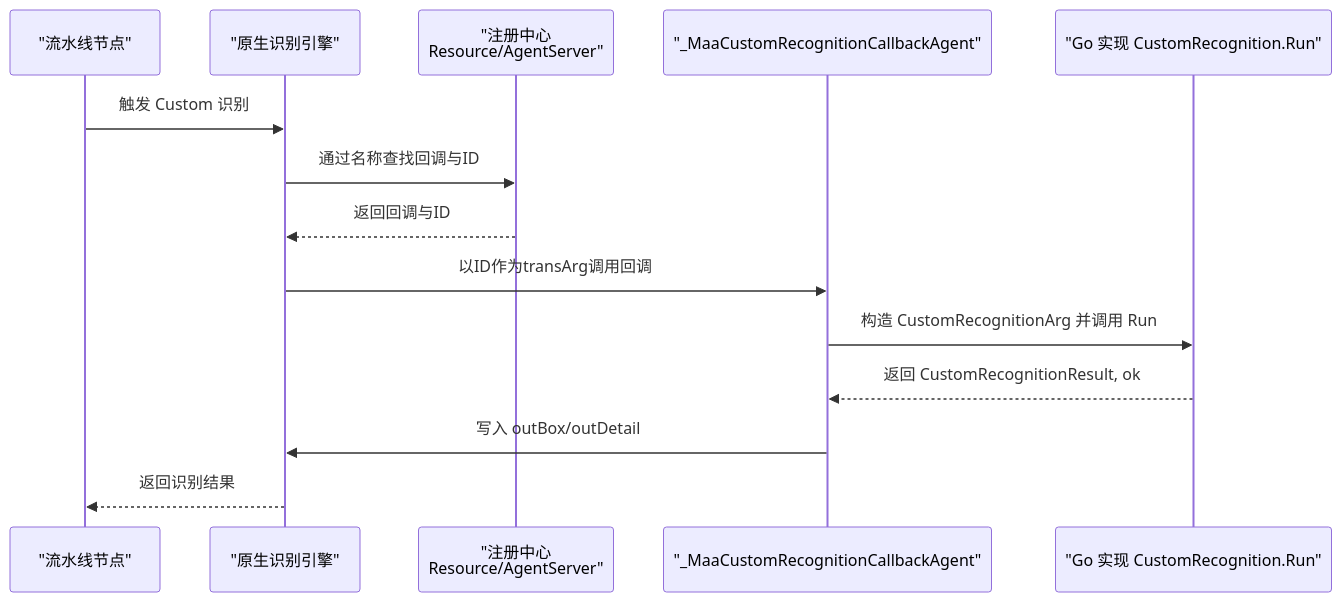
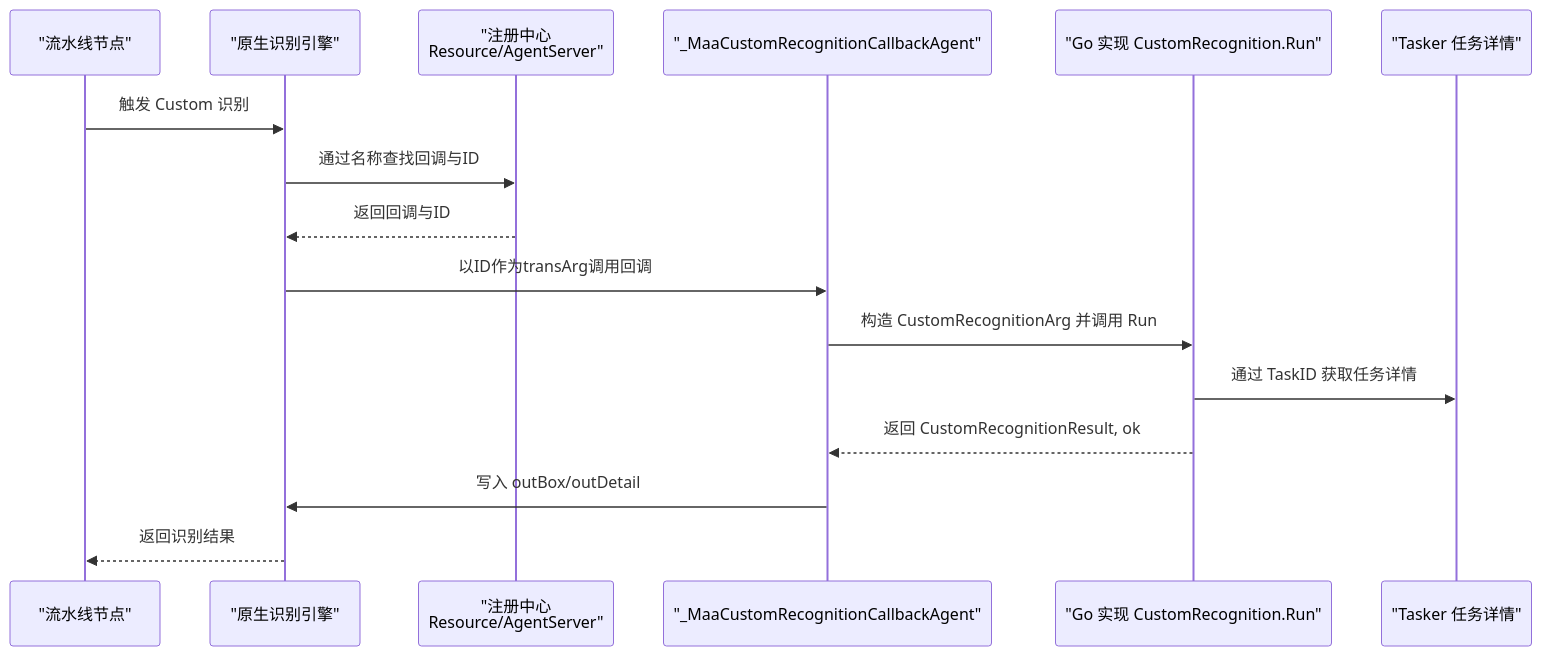
The second of 8 diagrams in instructions/maafw-golang-binding/高级功能/自定义识别.md (kqcoxn/MaaPipelineEditor), drawn with Mermaid before and after one commit. The commit also changed other lines of this file and 7 other files, not shown here.

````diff
--- a/instructions/maafw-golang-binding/高级功能/自定义识别.md
+++ b/instructions/maafw-golang-binding/高级功能/自定义识别.md
@@ -108,16 +125,18 @@
 ```mermaid
 sequenceDiagram
 participant Pipeline as "流水线节点"
 participant Native as "原生识别引擎"
 participant Reg as "注册中心<br/>Resource/AgentServer"
 participant Bridge as "_MaaCustomRecognitionCallbackAgent"
 participant Impl as "Go 实现 CustomRecognition.Run"
+participant Tasker as "Tasker 任务详情"
 Pipeline->>Native : 触发 Custom 识别
 Native->>Reg : 通过名称查找回调与ID
 Reg-->>Native : 返回回调与ID
 Native->>Bridge : 以ID作为transArg调用回调
 Bridge->>Impl : 构造 CustomRecognitionArg 并调用 Run
+Impl->>Tasker : 通过 TaskID 获取任务详情
 Impl-->>Bridge : 返回 CustomRecognitionResult, ok
 Bridge->>Native : 写入 outBox/outDetail
 Native-->>Pipeline : 返回识别结果
 ```
````
